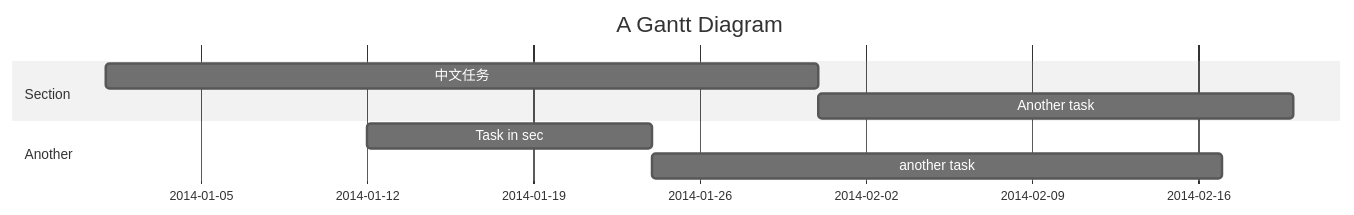
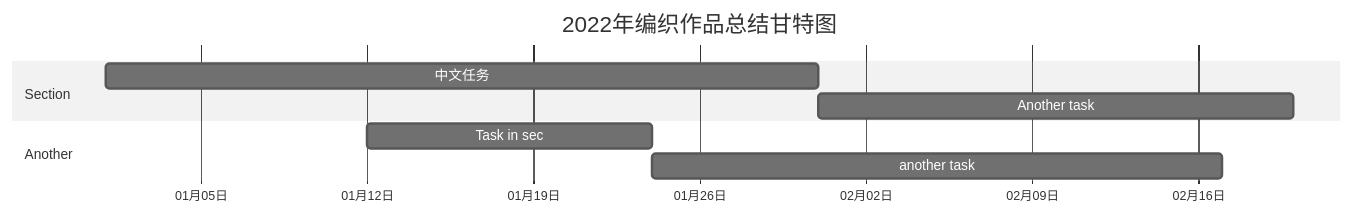
One commit to JiYouMCC/JiYouMCC.github.io changed the diagram in _posts/2019-01-29-86.markdown. Above: the diagram before and after it, drawn with Mermaid (neutral theme).

````diff
--- a/_posts/2019-01-29-86.markdown
+++ b/_posts/2019-01-29-86.markdown
@@ -18,11 +18,12 @@
 ```mermaid
 gantt
-    title A Gantt Diagram
-    dateFormat  YYYY-MM-DD
+    title 2022年编织作品总结甘特图
+    axisFormat %m月%d日
+    todayMarker off
     section Section
     中文任务           :a1, 2014-01-01, 30d
     Another task     :after a1  , 20d
     section Another
     Task in sec      :2014-01-12  , 12d
     another task      : 24d
 ```
````
